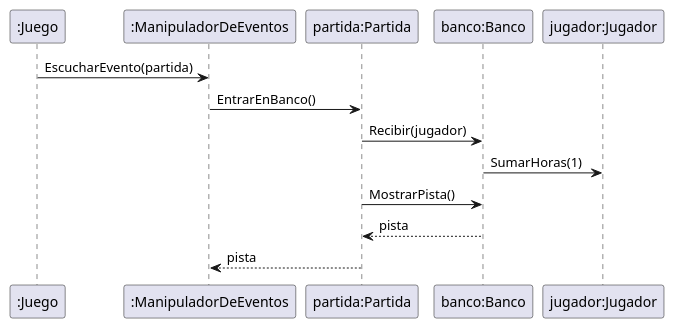
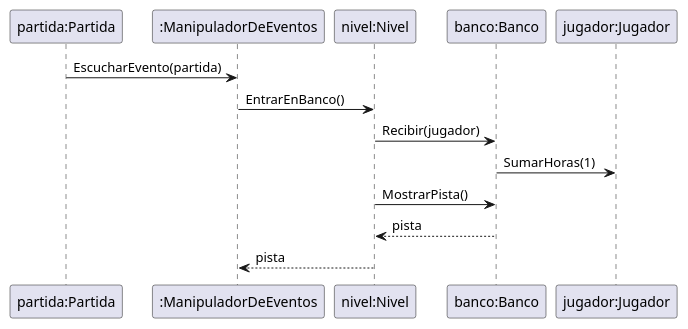
The diagram in diagrams/sequences/ds_detective_visita_banco_primera_vez.puml (arilow/Algo3_TP2), drawn with PlantUML before and after one commit. The commit also changed 1 other file, not shown here.

Commit message:
Correccion de diagramas

```diff
--- a/diagrams/sequences/ds_detective_visita_banco_primera_vez.puml
+++ b/diagrams/sequences/ds_detective_visita_banco_primera_vez.puml
@@ -1,19 +1,19 @@
 @startuml
 'https://plantuml.com/sequence-diagram
 
-participant ":Juego" as J
+participant "partida:Partida" as P
 participant ":ManipuladorDeEventos" as ME
-participant "partida:Partida" as P
+participant "nivel:Nivel" as N
 participant "banco:Banco" as B
 participant "jugador:Jugador" as JG
 
-J -> ME: EscucharEvento(partida)
-ME -> P: EntrarEnBanco()
-P -> B: Recibir(jugador)
+P -> ME: EscucharEvento(partida)
+ME -> N: EntrarEnBanco()
+N -> B: Recibir(jugador)
 B -> JG: SumarHoras(1)
 
-P -> B: MostrarPista()
-P <-- B: pista
-ME <-- P: pista
+N -> B: MostrarPista()
+N <-- B: pista
+ME <-- N: pista
 
 @enduml
```
